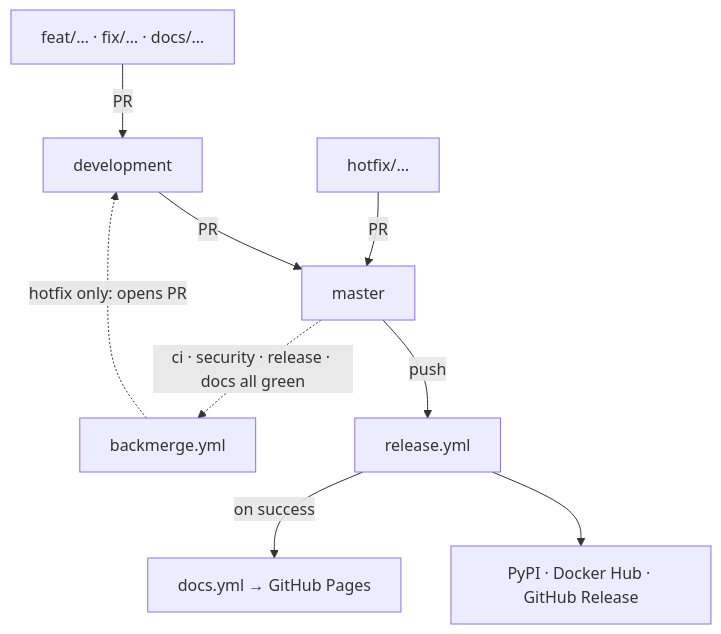
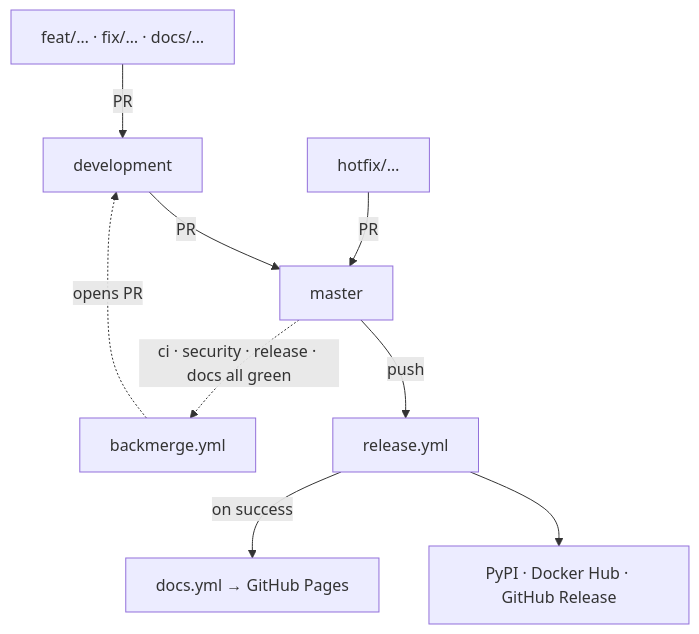
The diagram in docs/ci-cd.md (ci-doctor/ci-doctor), drawn with Mermaid before and after one commit. The commit also changed other lines of this file and 2 other files, not shown here.

````diff
--- a/docs/ci-cd.md
+++ b/docs/ci-cd.md
@@ -17,13 +17,13 @@
 ```mermaid
 flowchart TD
     F["feat/… · fix/… · docs/…"] -->|PR| D[development]
     D -->|PR| M[master]
     H["hotfix/…"] -->|PR| M
 
     M -->|push| REL[release.yml]
     REL --> PUB["PyPI · Docker Hub · GitHub Release"]
     REL -->|on success| DOC["docs.yml → GitHub Pages"]
 
     M -.->|ci · security · release · docs all green| BM[backmerge.yml]
-    BM -.->|hotfix only: opens PR| D
+    BM -.->|opens PR| D
 ```
````
